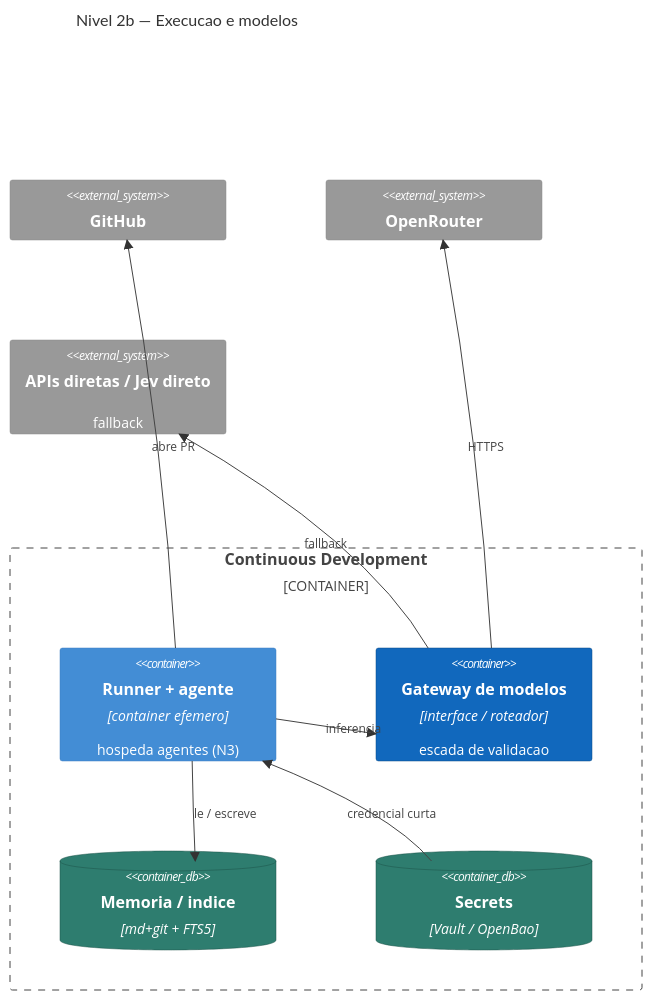
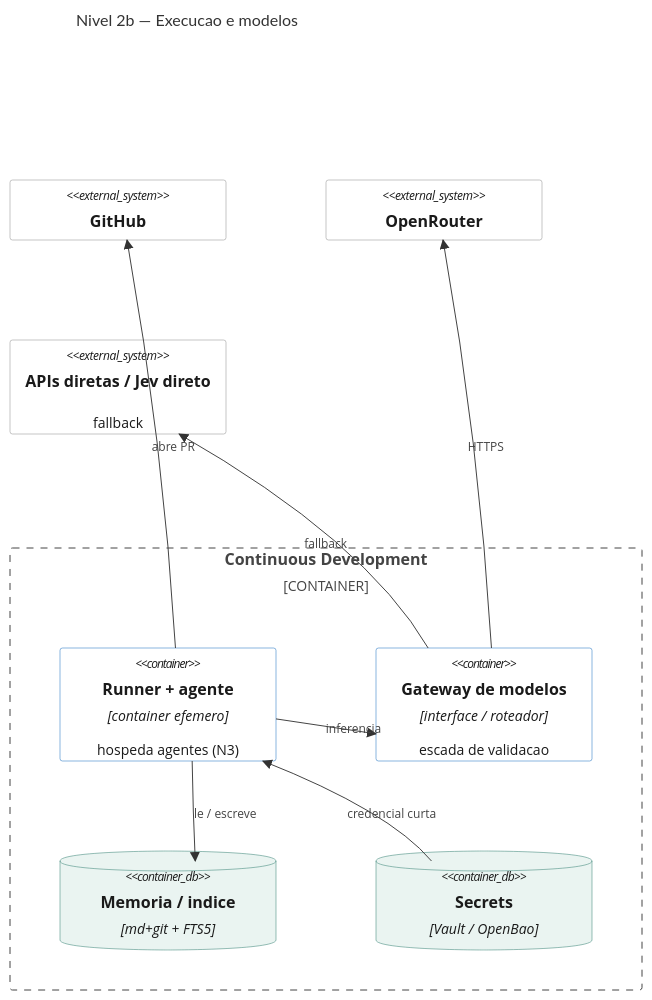
Before and after one commit to CenturyBoys/roboto: the third of 10 diagrams in research/ARCHITECTURE-C4.md, drawn with Mermaid. The commit also changed other lines of this file and 1 other file, not shown here.

````diff
--- a/research/ARCHITECTURE-C4.md
+++ b/research/ARCHITECTURE-C4.md
@@ -63,23 +71,28 @@
 ```mermaid
+%%{init: {'theme':'base', 'themeVariables': {'background':'#FBF3DE'}}}%%
 C4Container
   title Nivel 2b — Execucao e modelos
   System_Ext(gh, "GitHub")
   System_Ext(orr, "OpenRouter")
   System_Ext(direct, "APIs diretas / Jev direto", "fallback")
   Container_Boundary(cd, "Continuous Development") {
     Container(runner, "Runner + agente", "container efemero", "hospeda agentes (N3)")
     Container(gw, "Gateway de modelos", "interface / roteador", "escada de validacao")
     ContainerDb(mem, "Memoria / indice", "md+git + FTS5")
     ContainerDb(secrets, "Secrets", "Vault / OpenBao")
   }
   Rel(runner, gw, "inferencia")
   Rel(gw, orr, "HTTPS")
   Rel(gw, direct, "fallback")
   Rel(runner, mem, "le / escreve")
   Rel(runner, gh, "abre PR")
   Rel(secrets, runner, "credencial curta")
-  UpdateElementStyle(gw, $bgColor="#1168BD", $fontColor="#ffffff", $borderColor="#0B4884")
-  UpdateElementStyle(mem, $bgColor="#2E7D6F", $fontColor="#ffffff", $borderColor="#1C5349")
-  UpdateElementStyle(secrets, $bgColor="#2E7D6F", $fontColor="#ffffff", $borderColor="#1C5349")
+  UpdateElementStyle(gh, $bgColor="#FFFFFF", $fontColor="#1A1A1A", $borderColor="#8A8A8A")
+  UpdateElementStyle(orr, $bgColor="#FFFFFF", $fontColor="#1A1A1A", $borderColor="#8A8A8A")
+  UpdateElementStyle(direct, $bgColor="#FFFFFF", $fontColor="#1A1A1A", $borderColor="#8A8A8A")
+  UpdateElementStyle(runner, $bgColor="#FFFFFF", $fontColor="#1A1A1A", $borderColor="#1168BD")
+  UpdateElementStyle(gw, $bgColor="#FFFFFF", $fontColor="#1A1A1A", $borderColor="#1168BD")
+  UpdateElementStyle(mem, $bgColor="#EAF4F1", $fontColor="#1A1A1A", $borderColor="#2E7D6F")
+  UpdateElementStyle(secrets, $bgColor="#EAF4F1", $fontColor="#1A1A1A", $borderColor="#2E7D6F")
   UpdateLayoutConfig($c4ShapeInRow="2", $c4BoundaryInRow="1")
 ```
````
